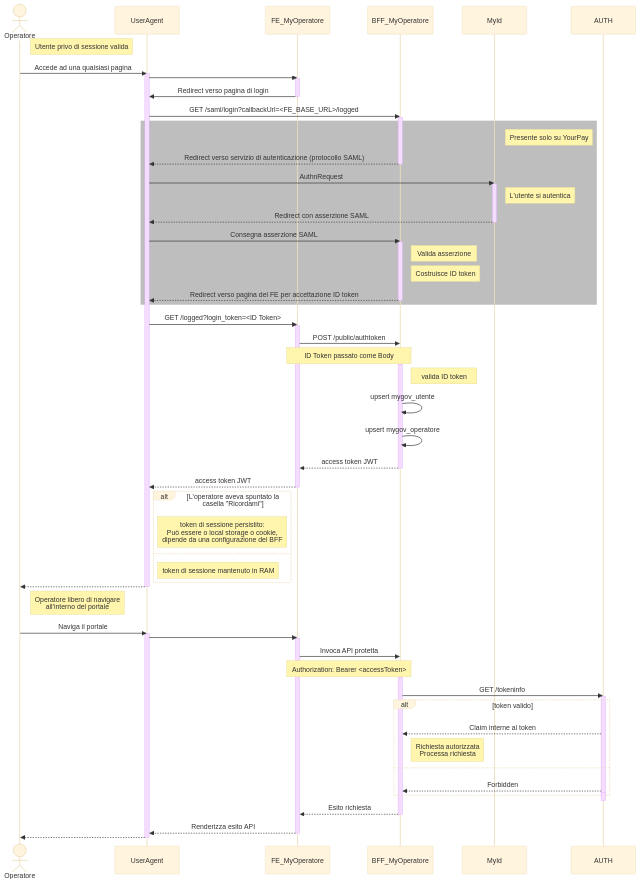
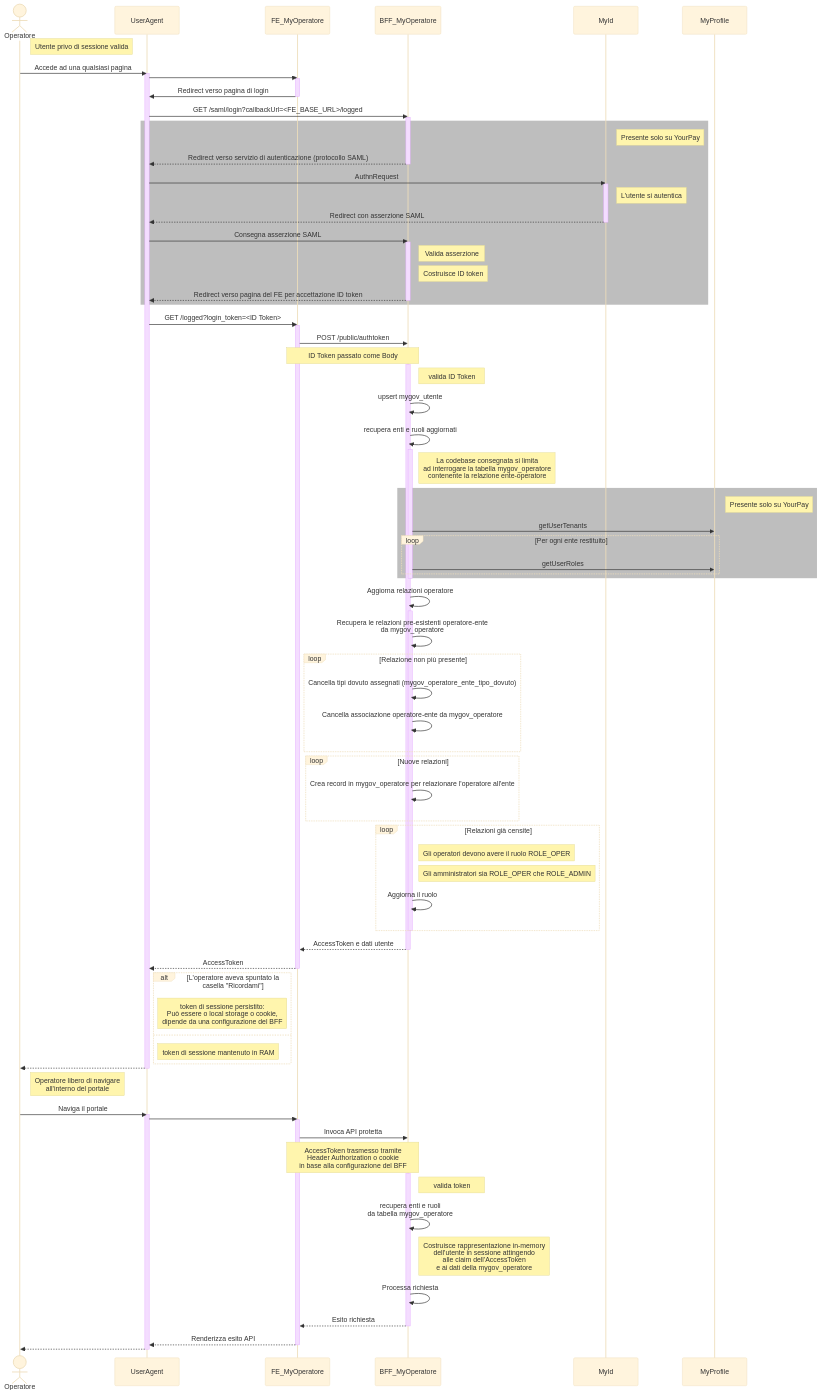
Before and after one commit to pagopa/p4pa-doc: the diagram in confluence/DesignReview/AutenticazioneEAutorizzazioneInMyPayOperatore/ASIS_yourPay.mmd, drawn with Mermaid (base theme). The commit also changed 3 other files, not shown here.

```diff
--- a/confluence/DesignReview/AutenticazioneEAutorizzazioneInMyPayOperatore/ASIS_yourPay.mmd
+++ b/confluence/DesignReview/AutenticazioneEAutorizzazioneInMyPayOperatore/ASIS_yourPay.mmd
@@ -1,88 +1,109 @@
 sequenceDiagram
     actor Operatore
     participant UserAgent
     participant FE as FE_MyOperatore
     participant BFF as BFF_MyOperatore
     participant MyId
+    participant MyProfile
 
     note right of Operatore: Utente privo di sessione valida
     Operatore ->> UserAgent: Accede ad una qualsiasi pagina
     activate UserAgent
-    UserAgent ->> FE: #
-    activate FE
-    FE ->> UserAgent: Redirect verso pagina di login
-    deactivate FE
+        UserAgent ->> FE: #
+        activate FE
+            FE ->> UserAgent: Redirect verso pagina di login
+        deactivate FE
 
-    UserAgent ->> BFF: GET /saml/login?callbackUrl=<FE_BASE_URL>/logged
-    activate BFF
-    rect rgb(190, 190, 190)
-    note right of MyId: Presente solo su YourPay
-    BFF -->> UserAgent: Redirect verso servizio di autenticazione (protocollo SAML)
-    deactivate BFF
+        UserAgent ->> BFF: GET /saml/login?callbackUrl=<FE_BASE_URL>/logged
+        activate BFF
+            rect rgb(190, 190, 190)
+            note right of MyId: Presente solo su YourPay
+            BFF -->> UserAgent: Redirect verso servizio di autenticazione (protocollo SAML)
+        deactivate BFF
 
-    UserAgent ->> MyId: AuthnRequest
-    activate MyId
-    note right of MyId: L'utente si autentica
-    MyId -->> UserAgent: Redirect con asserzione SAML
-    deactivate MyId
+        UserAgent ->> MyId: AuthnRequest
+        activate MyId
+            note right of MyId: L'utente si autentica
+            MyId -->> UserAgent: Redirect con asserzione SAML
+        deactivate MyId
 
-    UserAgent ->> BFF: Consegna asserzione SAML
-    activate BFF
-    note right of BFF: Valida asserzione
-    note right of BFF: Costruisce ID token
-    BFF -->> UserAgent: Redirect verso pagina del FE per accettazione ID token
-    deactivate BFF
-    end
+        UserAgent ->> BFF: Consegna asserzione SAML
+        activate BFF
+            note right of BFF: Valida asserzione
+            note right of BFF: Costruisce ID token
+            BFF -->> UserAgent: Redirect verso pagina del FE per accettazione ID token
+        deactivate BFF
+        end
 
-    UserAgent ->> FE: GET /logged?login_token=<ID Token>
-    activate FE
+        UserAgent ->> FE: GET /logged?login_token=<ID Token>
+        activate FE
 
-    FE ->> BFF: POST /public/authtoken
-    note over FE, BFF: ID Token passato come Body
-    activate BFF
-    note right of BFF: valida ID token
-    BFF ->> BFF: upsert mygov_utente
-    BFF ->> BFF: upsert mygov_operatore
-    BFF -->> FE: access token JWT
-    deactivate BFF
+            FE ->> BFF: POST /public/authtoken
+            note over FE, BFF: ID Token passato come Body
+            activate BFF
+                note right of BFF: valida ID Token
+                BFF ->> BFF: upsert mygov_utente
+                BFF ->> BFF: recupera enti e ruoli aggiornati
 
-    FE -->> UserAgent: access token JWT
-    deactivate FE
-    alt L'operatore aveva spuntato la casella "Ricordami"
-    note right of UserAgent: token di sessione persistito:<BR />Può essere o local storage o cookie,<BR />dipende da una configurazione del BFF
-    else
-    note right of UserAgent: token di sessione mantenuto in RAM
-    end
-    UserAgent -->> Operatore: #
+                activate BFF
+                    note right of BFF: La codebase consegnata si limita<BR />ad interrogare la tabella mygov_operatore<BR />contenente la relazione ente-operatore
+                    rect rgb(190, 190, 190)
+                        note right of MyProfile: Presente solo su YourPay
+                        BFF ->> MyProfile: getUserTenants
+                        loop Per ogni ente restituito
+                            BFF ->> MyProfile: getUserRoles
+                        end
+                    end
+                deactivate BFF
+
+                BFF ->> BFF: Aggiorna relazioni operatore
+                activate BFF
+                    BFF ->> BFF: Recupera le relazioni pre-esistenti operatore-ente<BR />da mygov_operatore
+                    loop Relazione non più presente
+                        BFF ->> BFF: Cancella tipi dovuto assegnati (mygov_operatore_ente_tipo_dovuto)
+                        BFF ->> BFF: Cancella associazione operatore-ente da mygov_operatore
+                    end
+                    loop Nuove relazioni
+                        BFF ->> BFF: Crea record in mygov_operatore per relazionare l'operatore all'ente
+                    end
+                    loop Relazioni già censite
+                        note right of BFF: Gli operatori devono avere il ruolo ROLE_OPER
+                        note right of BFF: Gli amministratori sia ROLE_OPER che ROLE_ADMIN
+                        BFF ->> BFF: Aggiorna il ruolo
+                    end
+                deactivate BFF
+
+                BFF -->> FE: AccessToken e dati utente
+            deactivate BFF
+
+            FE -->> UserAgent: AccessToken
+        deactivate FE
+        alt L'operatore aveva spuntato la casella "Ricordami"
+            note right of UserAgent: token di sessione persistito:<BR />Può essere o local storage o cookie,<BR />dipende da una configurazione del BFF
+        else
+            note right of UserAgent: token di sessione mantenuto in RAM
+        end
+        UserAgent -->> Operatore: #
     deactivate UserAgent
     note right of Operatore: Operatore libero di navigare<BR />all'interno del portale
 
-Operatore ->> UserAgent: Naviga il portale
+    Operatore ->> UserAgent: Naviga il portale
 
-activate UserAgent
-UserAgent ->> FE: #
-activate FE
-FE ->> BFF: Invoca API protetta
-note over FE, BFF: Authorization: Bearer <accessToken>
+    activate UserAgent
+        UserAgent ->> FE: #
+        activate FE
+            FE ->> BFF: Invoca API protetta
+            note over FE, BFF: AccessToken trasmesso tramite<BR />Header Authorization o cookie<BR />in base alla configurazione del BFF
 
-activate BFF
-BFF ->> AUTH: GET /tokeninfo
-activate AUTH
-alt token valido
-AUTH -->> BFF: Claim interne al token
-note right of BFF: Richiesta autorizzata<BR />Processa richiesta
-else
-AUTH -->> BFF: Forbidden
-end
-deactivate AUTH
+            activate BFF
+                note right of BFF: valida token
+                BFF ->> BFF: recupera enti e ruoli<BR />da tabella mygov_operatore
+                note right of BFF: Costruisce rappresentazione in-memory<BR />dell'utente in sessione attingendo<BR />alle claim dell'AccessToken<BR />e ai dati della mygov_operatore
+                BFF ->> BFF: Processa richiesta
+                BFF -->> FE: Esito richiesta
+            deactivate BFF
 
-activate AUTH
-deactivate AUTH
-
-BFF -->> FE: Esito richiesta
-deactivate BFF
-
-FE -->> UserAgent: Renderizza esito API
-deactivate FE
-UserAgent -->> Operatore: #
-deactivate UserAgent
+            FE -->> UserAgent: Renderizza esito API
+        deactivate FE
+        UserAgent -->> Operatore: #
+    deactivate UserAgent
```
